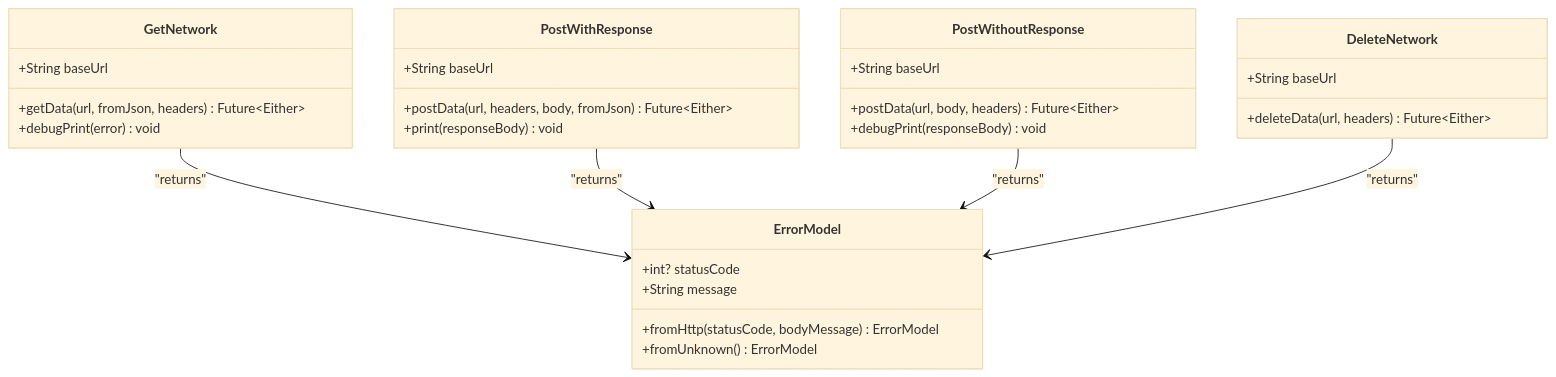
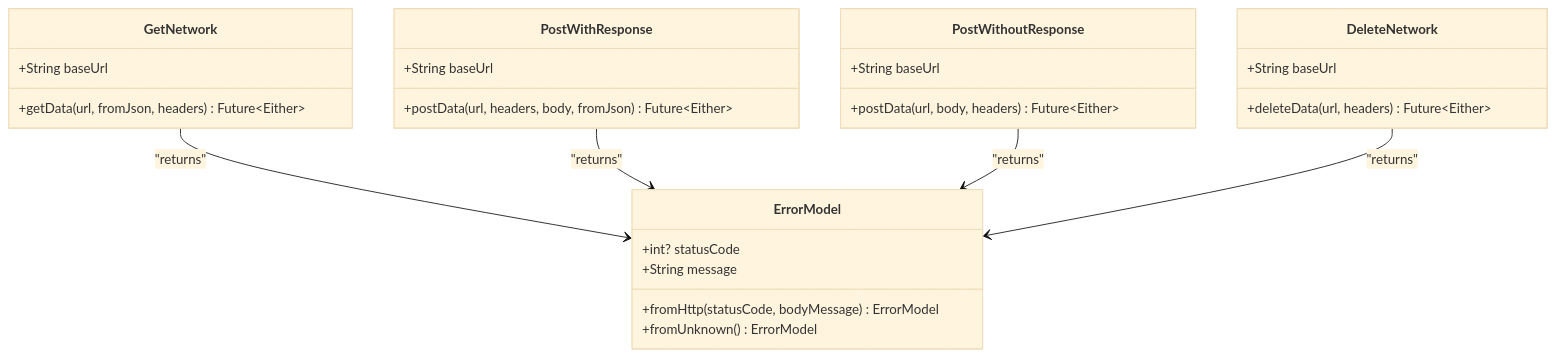
Before and after one commit to Ariful3111/FurniGo: the third of 12 diagrams in .qoder/repowiki/en/content/Architecture Overview/Data Layer Architecture.md, drawn with Mermaid (base theme). The commit also changed other lines of this file and 10 other files, not shown here.

````diff
--- a/.qoder/repowiki/en/content/Architecture Overview/Data Layer Architecture.md
+++ b/.qoder/repowiki/en/content/Architecture Overview/Data Layer Architecture.md
@@ -245,32 +320,29 @@
 ```mermaid
 classDiagram
 class GetNetwork {
 +String baseUrl
 +getData<T>(url, fromJson, headers) Future~Either<ErrorModel, T>~
-+debugPrint(error) void
 }
 class PostWithResponse {
 +String baseUrl
 +postData<T>(url, headers, body, fromJson) Future~Either<ErrorModel, T>~
-+print(responseBody) void
 }
 class PostWithoutResponse {
 +String baseUrl
 +postData(url, body, headers) Future~Either<ErrorModel, bool>~
-+debugPrint(responseBody) void
 }
 class DeleteNetwork {
 +String baseUrl
 +deleteData(url, headers) Future~Either<ErrorModel, bool>~
 }
 class ErrorModel {
 +int? statusCode
 +String message
 +fromHttp(statusCode, bodyMessage) ErrorModel
 +fromUnknown() ErrorModel
 }
 GetNetwork --> ErrorModel : "returns"
 PostWithResponse --> ErrorModel : "returns"
 PostWithoutResponse --> ErrorModel : "returns"
 DeleteNetwork --> ErrorModel : "returns"
 ```
````
